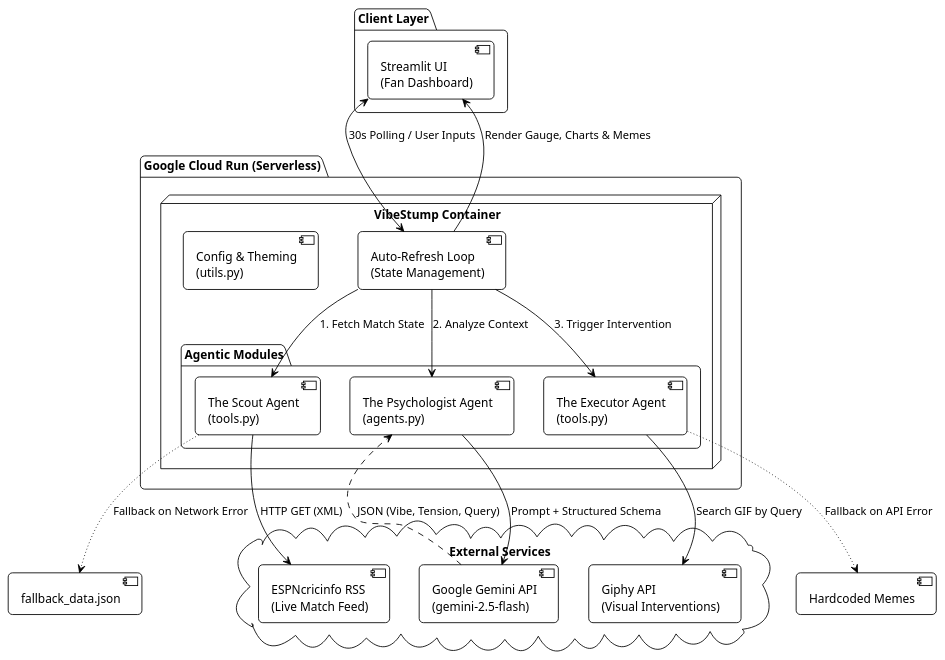
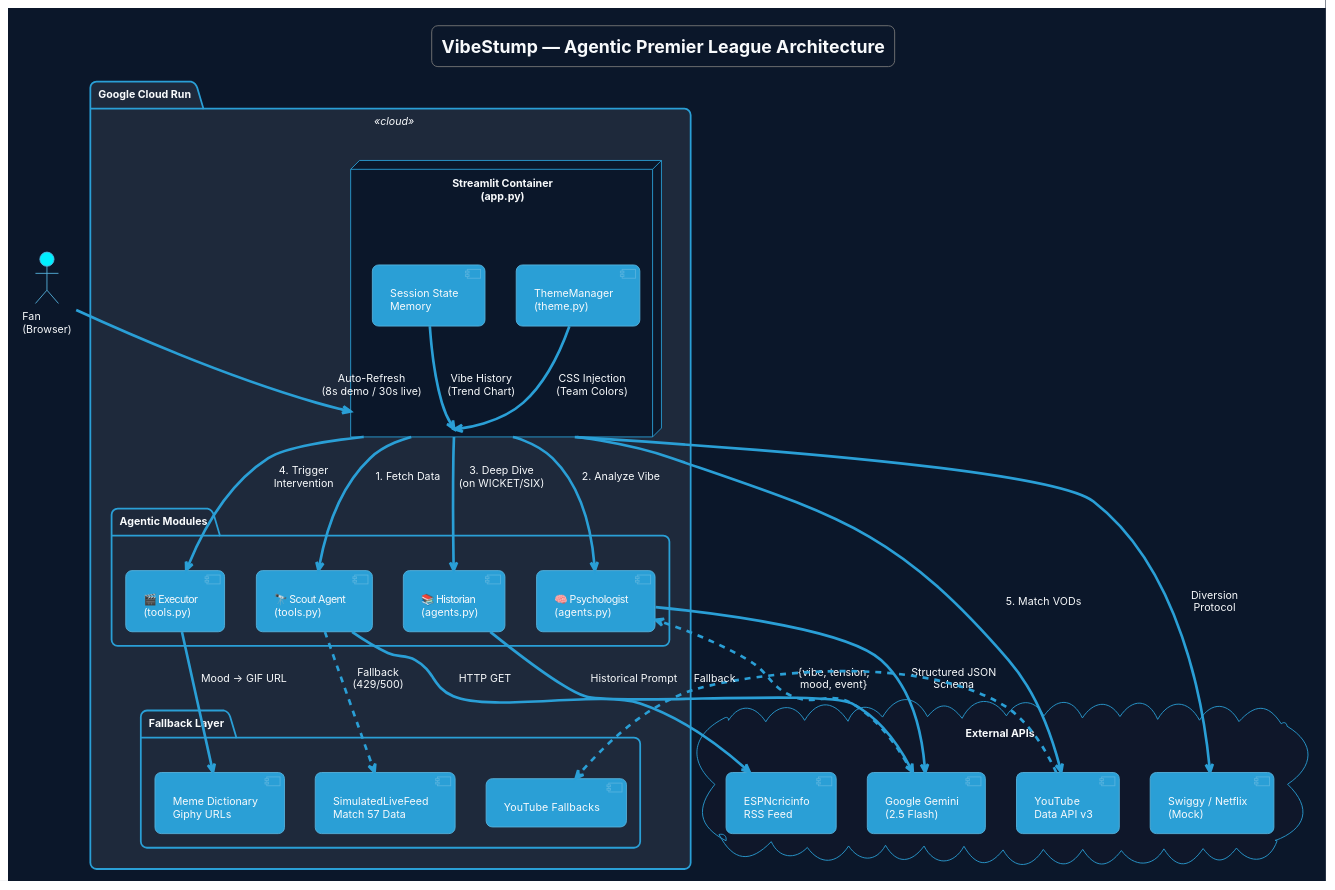
One commit to SundareshwaranSukumar/VibeStump changed the diagram in architecture.puml. Above: the diagram before and after it, drawn with PlantUML. The commit also changed 12 other files, not shown here.

```diff
--- a/architecture.puml
+++ b/architecture.puml
@@ -1,50 +1,65 @@
 @startuml VibeStump Architecture
-!theme plain
-skinparam backgroundColor #FFFFFF
-skinparam DefaultFontName Arial
-skinparam roundcorner 10
-skinparam componentStyle uml2
+!theme cyborg
+skinparam DefaultFontName Inter
+skinparam roundcorner 14
+skinparam backgroundColor #0B172A
+skinparam defaultFontColor #F8FAFC
 
-package "Client Layer" {
-  [Streamlit UI\n(Fan Dashboard)] as UI
-}
+title **VibeStump — Agentic Premier League Architecture**
 
-package "Google Cloud Run (Serverless)" {
-  node "VibeStump Container" {
-    
-    [Auto-Refresh Loop\n(State Management)] as State
-    
-    package "Agentic Modules" {
-      [The Scout Agent\n(tools.py)] as Scout
-      [The Psychologist Agent\n(agents.py)] as Psychologist
-      [The Executor Agent\n(tools.py)] as Executor
-    }
-    
-    [Config & Theming\n(utils.py)] as Utils
+actor "Fan\n(Browser)" as fan #00F0FF
+
+package "Google Cloud Run" <<cloud>> #1E293B {
+
+  node "Streamlit Container\n(app.py)" as ui #0B172A {
+    [ThemeManager\n(theme.py)] as TM
+    [Session State\nMemory] as SS
+  }
+
+  package "Agentic Modules" #1E293B {
+    [🔭 Scout Agent\n(tools.py)] as Scout
+    [🧠 Psychologist\n(agents.py)] as Psych
+    [📚 Historian\n(agents.py)] as Hist
+    [🎬 Executor\n(tools.py)] as Exec
+  }
+
+  package "Fallback Layer" #1E293B {
+    [SimulatedLiveFeed\nMatch 57 Data] as Sim
+    [Meme Dictionary\nGiphy URLs] as Memes
+    [YouTube Fallbacks] as YTF
   }
 }
 
-cloud "External Services" {
-  [ESPNcricinfo RSS\n(Live Match Feed)] as RSS
-  [Google Gemini API\n(gemini-2.5-flash)] as Gemini
-  [Giphy API\n(Visual Interventions)] as Giphy
+cloud "External APIs" #0F172A {
+  [ESPNcricinfo\nRSS Feed] as RSS
+  [Google Gemini\n(2.5 Flash)] as Gemini
+  [YouTube\nData API v3] as YT
+  [Swiggy / Netflix\n(Mock)] as Mock
 }
 
-' Data Flow
-UI <--> State : "30s Polling / User Inputs"
-State --> Scout : "1. Fetch Match State"
-Scout --> RSS : "HTTP GET (XML)"
-State --> Psychologist : "2. Analyze Context"
-Psychologist --> Gemini : "Prompt + Structured Schema"
-Gemini -.> Psychologist : "JSON (Vibe, Tension, Query)"
-State --> Executor : "3. Trigger Intervention"
-Executor --> Giphy : "Search GIF by Query"
+' ── Data Flow ──
+fan --> ui : Auto-Refresh\n(8s demo / 30s live)
 
-' Fallbacks
-Scout -[dotted]-> [fallback_data.json] : "Fallback on Network Error"
-Executor -[dotted]-> [Hardcoded Memes] : "Fallback on API Error"
+ui --> Scout : 1. Fetch Data
+Scout --> RSS : HTTP GET
+Scout ..> Sim : Fallback\n(429/500)
 
-' Return Flow
-State --> UI : "Render Gauge, Charts & Memes"
+ui --> Psych : 2. Analyze Vibe
+Psych --> Gemini : Structured JSON\nSchema
+Gemini ..> Psych : {vibe, tension,\nmood, event}
+
+ui --> Hist : 3. Deep Dive\n(on WICKET/SIX)
+Hist --> Gemini : Historical Prompt
+
+ui --> Exec : 4. Trigger\nIntervention
+Exec --> Memes : Mood → GIF URL
+
+ui --> YT : 5. Match VODs
+YT ..> YTF : Fallback
+
+ui --> Mock : Diversion\nProtocol
+
+TM --> ui : CSS Injection\n(Team Colors)
+SS --> ui : Vibe History\n(Trend Chart)
 
 @enduml
```
